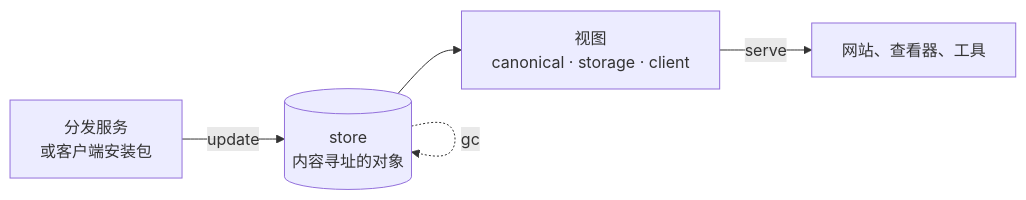
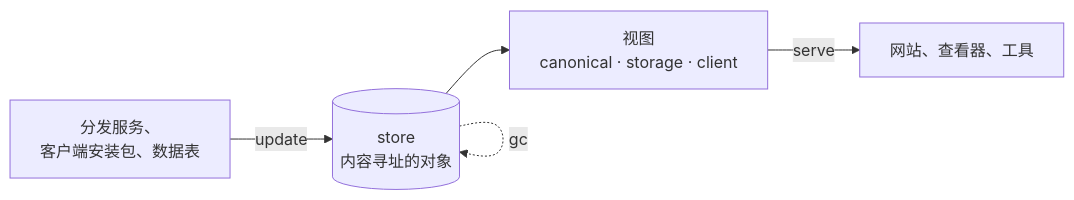
Before and after one commit to StarMoe-org/sekai-exporter: the diagram in README.zh-CN.md, drawn with Mermaid. The commit also changed other lines of this file and 1 other file, not shown here.

````diff
--- a/README.zh-CN.md
+++ b/README.zh-CN.md
@@ -40,7 +99,7 @@
 ```mermaid
 flowchart LR
-    source["分发服务<br/>或客户端安装包"] -->|update| store[("store<br/>内容寻址的对象")]
+    source["分发服务、<br/>客户端安装包、数据表"] -->|update| store[("store<br/>内容寻址的对象")]
     store --> views["视图<br/>canonical · storage · client"]
     views -->|serve| readers["网站、查看器、工具"]
     store -.->|gc| store
 ```
````
